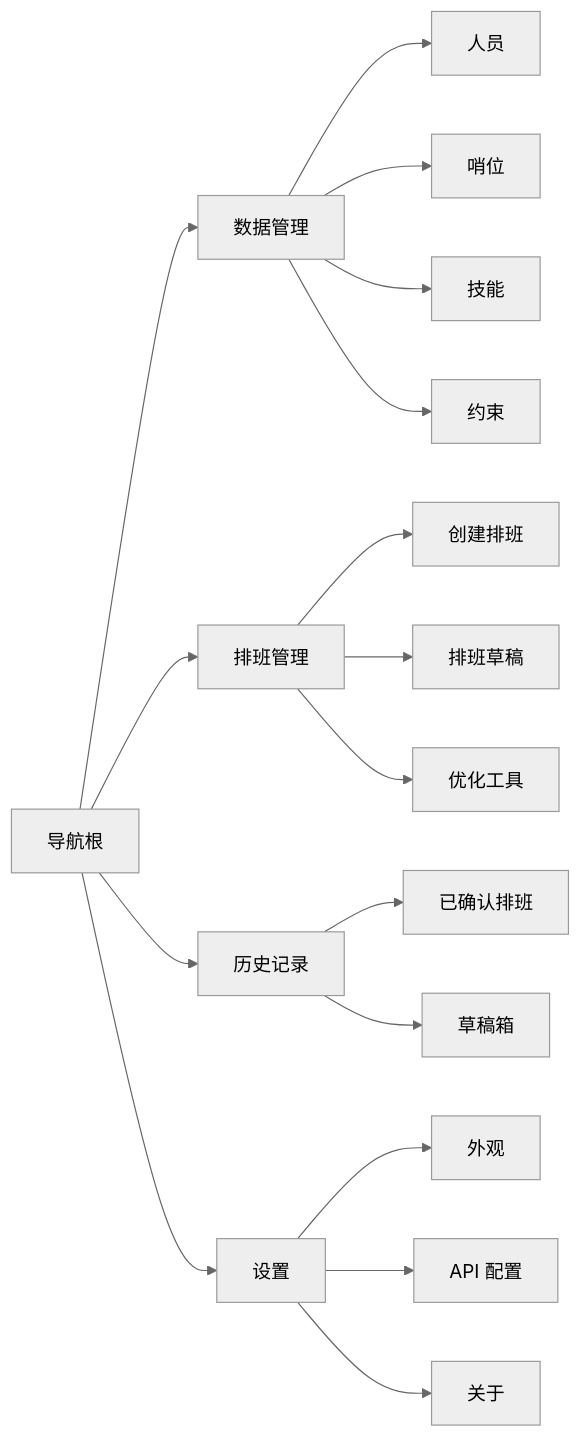
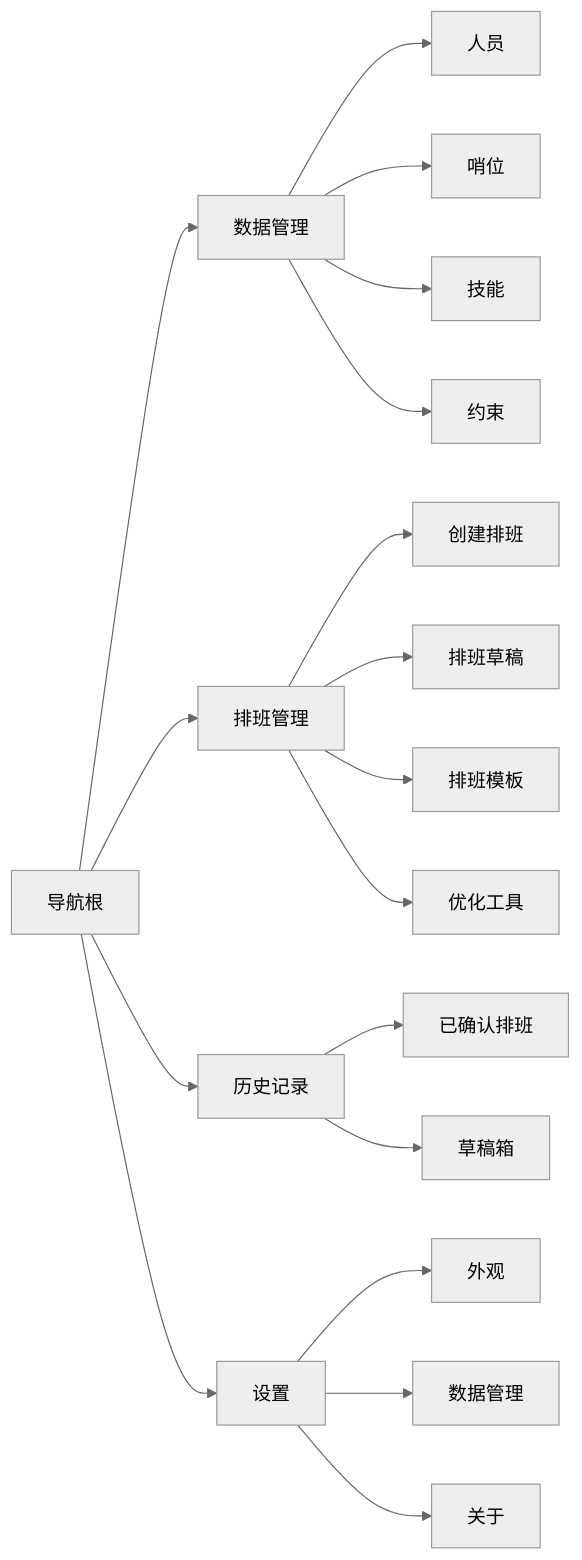
The second of 21 diagrams in .qoder/quests/page-ui-design.md (xiangkehan/AutoScheduling), drawn with Mermaid (neutral theme) before and after one commit. The commit also changed other lines of this file and 12 other files, not shown here.

````diff
--- a/.qoder/quests/page-ui-design.md
+++ b/.qoder/quests/page-ui-design.md
@@ -99,23 +884,24 @@
 ```mermaid
 graph LR
     A[导航根] --> B[数据管理]
     A --> C[排班管理]
     A --> D[历史记录]
     A --> E[设置]
     
     B --> B1[人员]
     B --> B2[哨位]
     B --> B3[技能]
     B --> B4[约束]
     
     C --> C1[创建排班]
     C --> C2[排班草稿]
-    C --> C3[优化工具]
+    C --> C3[排班模板]
+    C --> C4[优化工具]
     
     D --> D1[已确认排班]
     D --> D2[草稿箱]
     
     E --> E1[外观]
-    E --> E2[API 配置]
+    E --> E2[数据管理]
     E --> E3[关于]
 ```
````
